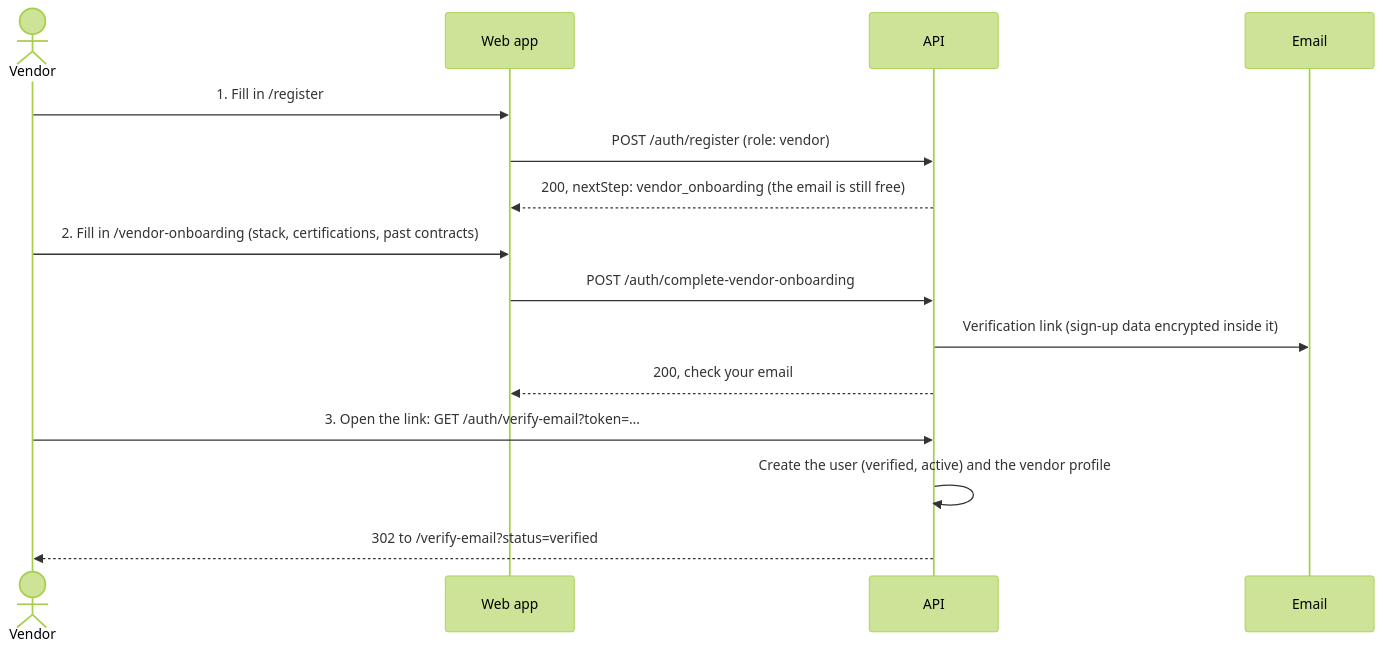
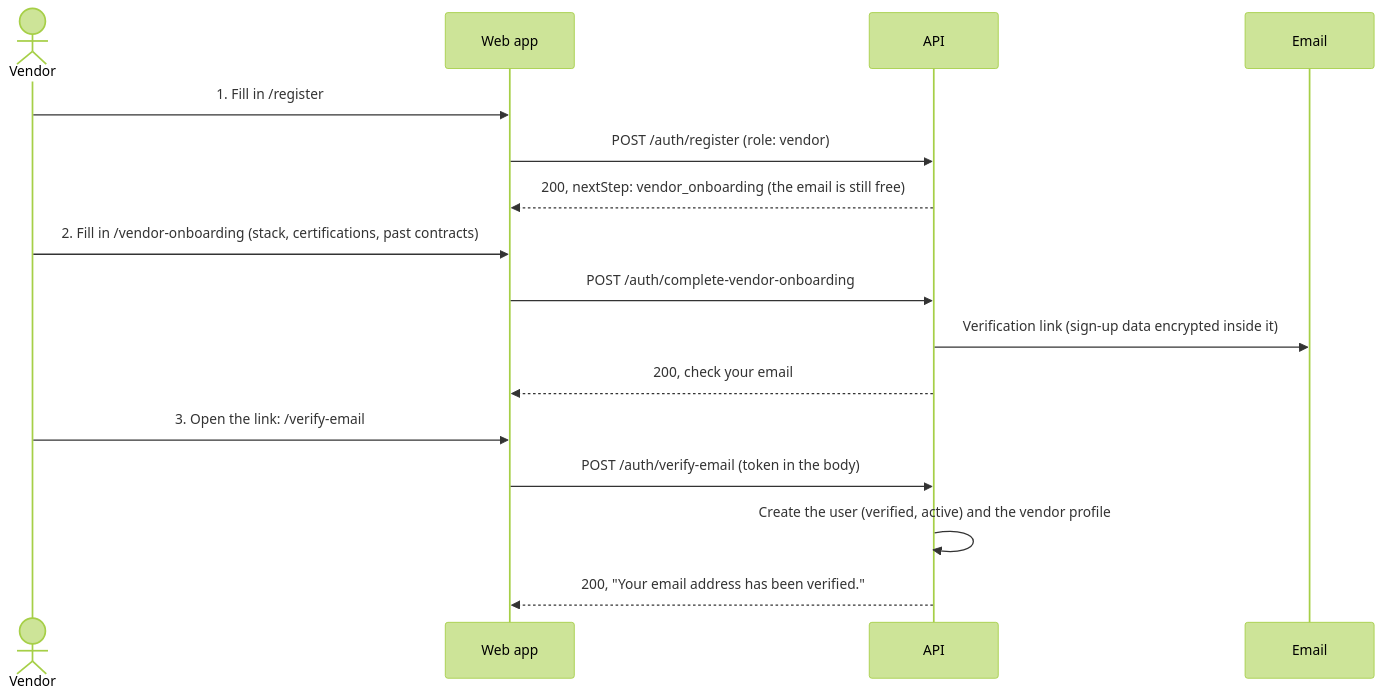
The diagram in docs/authentication.md (KUINFOT/City_Of_Software), drawn with Mermaid (forest theme) before and after one commit. The commit also changed other lines of this file and 16 other files, not shown here.

````diff
--- a/docs/authentication.md
+++ b/docs/authentication.md
@@ -52,18 +53,19 @@
 ```mermaid
 sequenceDiagram
     actor V as Vendor
     participant W as Web app
     participant A as API
     participant M as Email
 
     V->>W: 1. Fill in /register
     W->>A: POST /auth/register (role: vendor)
     A-->>W: 200, nextStep: vendor_onboarding (the email is still free)
     V->>W: 2. Fill in /vendor-onboarding (stack, certifications, past contracts)
     W->>A: POST /auth/complete-vendor-onboarding
     A->>M: Verification link (sign-up data encrypted inside it)
     A-->>W: 200, check your email
-    V->>A: 3. Open the link: GET /auth/verify-email?token=…
+    V->>W: 3. Open the link: /verify-email#token=…
+    W->>A: POST /auth/verify-email (token in the body)
     A->>A: Create the user (verified, active) and the vendor profile
-    A-->>V: 302 to /verify-email?status=verified
+    A-->>W: 200, "Your email address has been verified."
 ```
````
